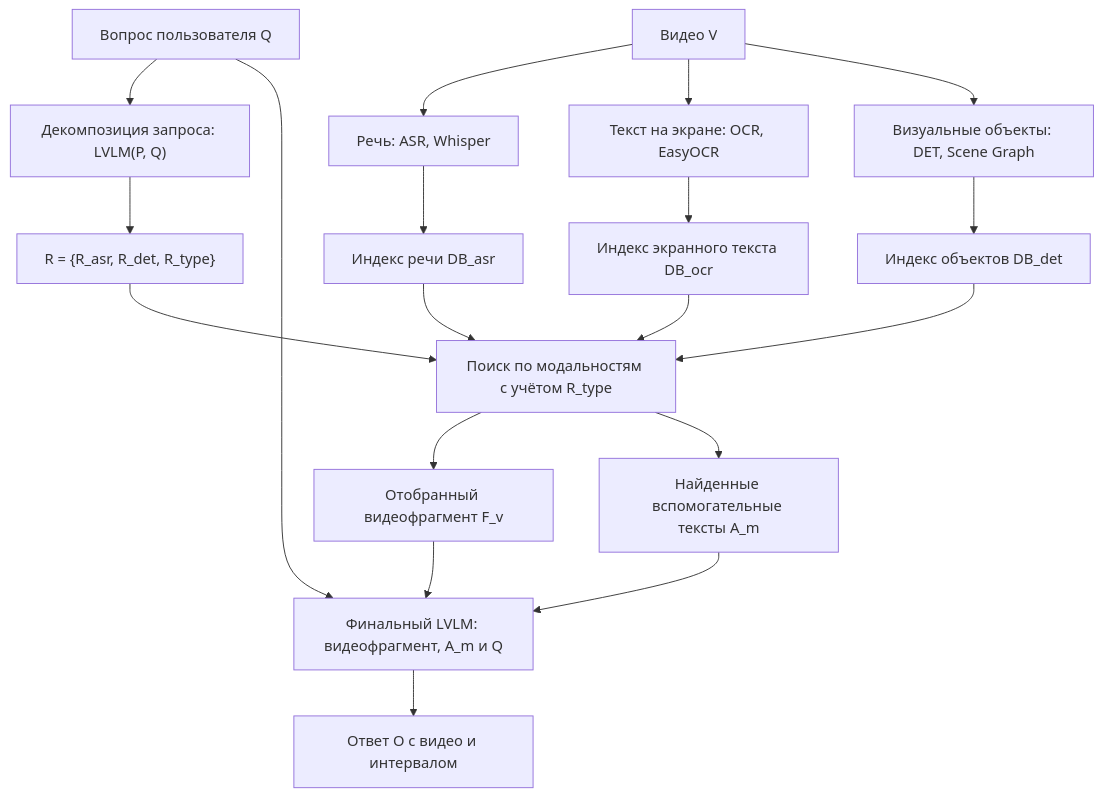
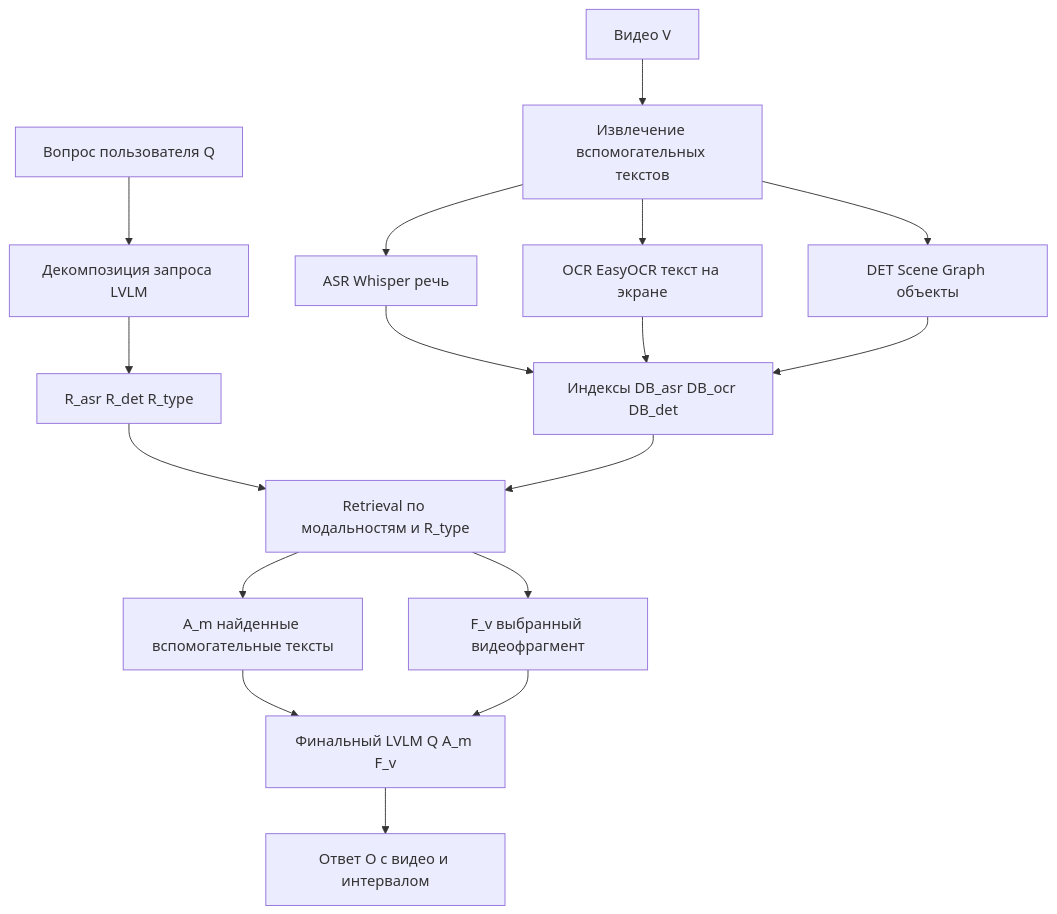
One commit to maxlyara1/video-rag-research changed the diagram in README.md. Above: the diagram before and after it, drawn with Mermaid.

Commit message:
Simplify pipeline diagram arrows

````diff
--- a/README.md
+++ b/README.md
@@ -20,25 +20,24 @@
 ```mermaid
 flowchart TD
-    Q["Вопрос пользователя Q"] --> D["Декомпозиция запроса: LVLM(P, Q)"]
-    D --> R["R = {R_asr, R_det, R_type}"]
-    R --> RET["Поиск по модальностям с учётом R_type"]
+    Q[Вопрос пользователя Q] --> D[Декомпозиция запроса LVLM]
+    D --> R[R_asr R_det R_type]
 
-    V["Видео V"] --> ASR["Речь: ASR, Whisper"]
-    V --> OCR["Текст на экране: OCR, EasyOCR"]
-    V --> DET["Визуальные объекты: DET, Scene Graph"]
+    V[Видео V] --> E[Извлечение вспомогательных текстов]
+    E --> ASR[ASR Whisper речь]
+    E --> OCR[OCR EasyOCR текст на экране]
+    E --> DET[DET Scene Graph объекты]
 
-    ASR --> ASRDB["Индекс речи DB_asr"]
-    OCR --> OCRDB["Индекс экранного текста DB_ocr"]
-    DET --> DETDB["Индекс объектов DB_det"]
+    ASR --> DB[Индексы DB_asr DB_ocr DB_det]
+    OCR --> DB
+    DET --> DB
 
-    ASRDB --> RET
-    OCRDB --> RET
-    DETDB --> RET
+    R --> RET[Retrieval по модальностям и R_type]
+    DB --> RET
 
-    RET --> FV["Отобранный видеофрагмент F_v"]
-    RET --> AM["Найденные вспомогательные тексты A_m"]
-    AM --> GEN["Финальный LVLM: видеофрагмент, A_m и Q"]
+    RET --> AM[A_m найденные вспомогательные тексты]
+    RET --> FV[F_v выбранный видеофрагмент]
+
+    AM --> GEN[Финальный LVLM Q A_m F_v]
     FV --> GEN
-    Q --> GEN
-    GEN --> O["Ответ O с видео и интервалом"]
+    GEN --> O[Ответ O с видео и интервалом]
 ```
````
